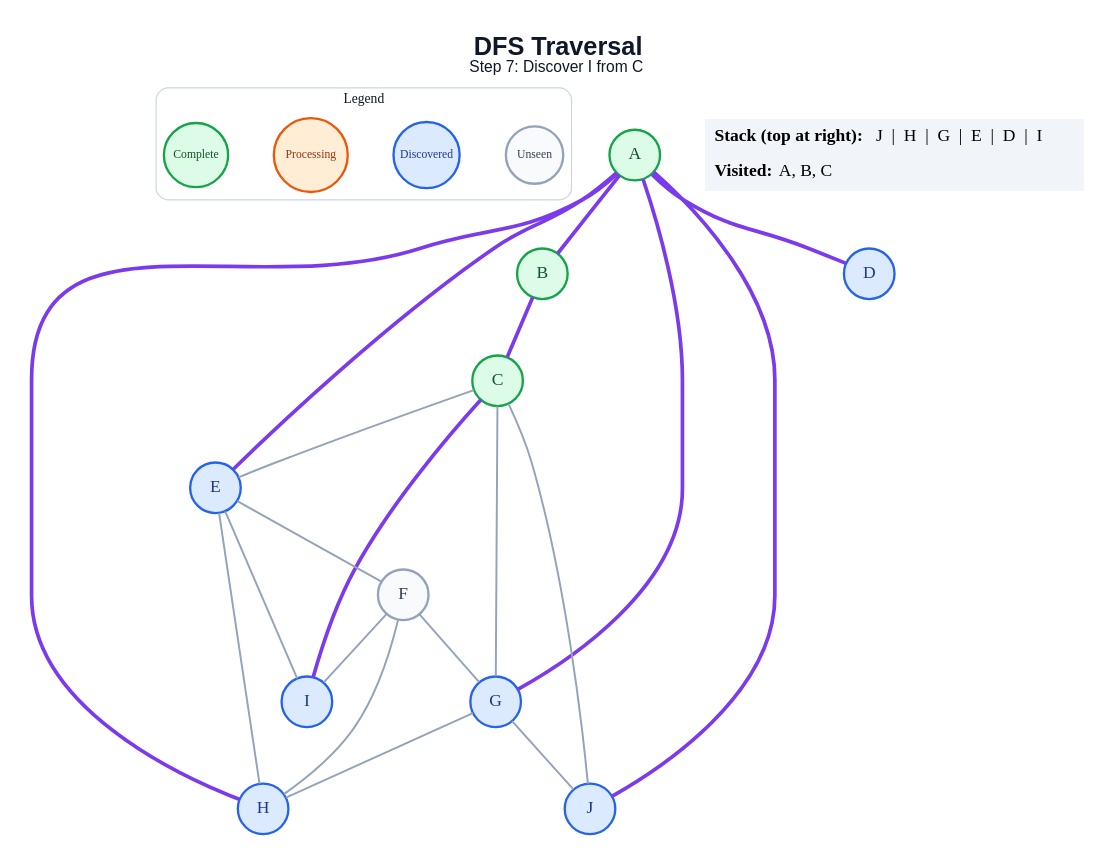
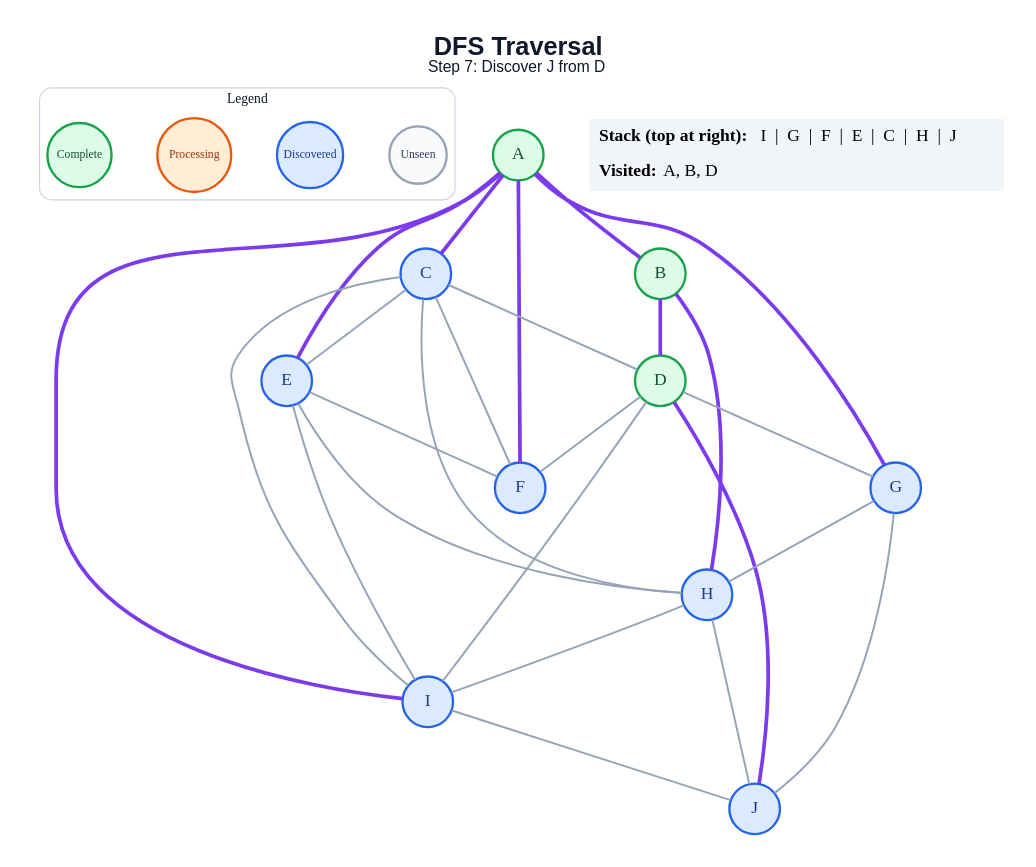
Before and after one commit to anon7238593-create/ai-slop: the diagram in generated/dfs/step_07.dot, drawn with Graphviz. The commit also changed 171 other files, not shown here.

```diff
--- a/generated/dfs/step_07.dot
+++ b/generated/dfs/step_07.dot
@@ -1,48 +1,54 @@
 graph traversal {
   graph [layout=dot, rankdir=TB, bgcolor="#FFFFFF", pad="0.35", nodesep="0.65", ranksep="0.8", fontname="Arial"];
   node [shape=circle, style="filled", fontname="Arial Bold", fontsize=18, width=0.72, fixedsize=true, penwidth=2.4];
   edge [color="#94A3B8", penwidth=2.0];
-  label=<<B>DFS Traversal</B><BR/><FONT POINT-SIZE="16">Step 7: Discover I from C</FONT>>; labelloc="t"; fontsize=26; fontname="Arial"; fontcolor="#0F172A";
+  label=<<B>DFS Traversal</B><BR/><FONT POINT-SIZE="16">Step 7: Discover J from D</FONT>>; labelloc="t"; fontsize=26; fontname="Arial"; fontcolor="#0F172A";
   subgraph cluster_legend { label="Legend"; color="#CBD5E1"; penwidth=1.2; style="rounded"; fontsize=14; fontname="Arial Bold";
     key_unseen [label="Unseen", fillcolor="#F8FAFC", color="#94A3B8", fontcolor="#334155", fontsize=12, width=0.82];
     key_frontier [label="Discovered", fillcolor="#DBEAFE", color="#2563EB", fontcolor="#1E3A8A", fontsize=12, width=0.95];
     key_current [label="Processing", fillcolor="#FFEDD5", color="#EA580C", fontcolor="#9A3412", fontsize=12, width=1.05];
     key_done [label="Complete", fillcolor="#DCFCE7", color="#16A34A", fontcolor="#14532D", fontsize=12, width=0.92];
     { rank=same; key_unseen; key_frontier; key_current; key_done; }
   }
   A [fillcolor="#DCFCE7", color="#16A34A", fontcolor="#14532D"];
   B [fillcolor="#DCFCE7", color="#16A34A", fontcolor="#14532D"];
-  C [fillcolor="#DCFCE7", color="#16A34A", fontcolor="#14532D"];
-  D [fillcolor="#DBEAFE", color="#2563EB", fontcolor="#1E3A8A"];
+  C [fillcolor="#DBEAFE", color="#2563EB", fontcolor="#1E3A8A"];
+  D [fillcolor="#DCFCE7", color="#16A34A", fontcolor="#14532D"];
   E [fillcolor="#DBEAFE", color="#2563EB", fontcolor="#1E3A8A"];
-  F [fillcolor="#F8FAFC", color="#94A3B8", fontcolor="#334155"];
+  F [fillcolor="#DBEAFE", color="#2563EB", fontcolor="#1E3A8A"];
   G [fillcolor="#DBEAFE", color="#2563EB", fontcolor="#1E3A8A"];
   H [fillcolor="#DBEAFE", color="#2563EB", fontcolor="#1E3A8A"];
   I [fillcolor="#DBEAFE", color="#2563EB", fontcolor="#1E3A8A"];
   J [fillcolor="#DBEAFE", color="#2563EB", fontcolor="#1E3A8A"];
   A -- B [color="#7C3AED", penwidth=3.8];
-  A -- D [color="#7C3AED", penwidth=3.8];
+  A -- C [color="#7C3AED", penwidth=3.8];
   A -- E [color="#7C3AED", penwidth=3.8];
+  A -- F [color="#7C3AED", penwidth=3.8];
   A -- G [color="#7C3AED", penwidth=3.8];
-  A -- H [color="#7C3AED", penwidth=3.8];
-  A -- J [color="#7C3AED", penwidth=3.8];
-  B -- C [color="#7C3AED", penwidth=3.8];
+  A -- I [color="#7C3AED", penwidth=3.8];
+  B -- D [color="#7C3AED", penwidth=3.8];
+  B -- H [color="#7C3AED", penwidth=3.8];
+  C -- D;
   C -- E;
-  C -- G;
-  C -- I [color="#7C3AED", penwidth=3.8];
-  C -- J;
+  C -- F;
+  C -- H;
+  C -- I;
+  D -- F;
+  D -- G;
+  D -- I;
+  D -- J [color="#7C3AED", penwidth=3.8];
   E -- F;
   E -- H;
   E -- I;
-  F -- G;
-  F -- H;
-  F -- I;
   G -- H;
   G -- J;
+  H -- I;
+  H -- J;
+  I -- J;
   status [shape=plain, fixedsize=false, width=0, height=0, margin=0, label=<
     <TABLE BORDER="0" CELLBORDER="0" CELLPADDING="7" BGCOLOR="#F1F5F9">
-      <TR><TD ALIGN="LEFT"><B>Stack (top at right):</B> J  |  H  |  G  |  E  |  D  |  I</TD></TR>
-      <TR><TD ALIGN="LEFT"><B>Visited:</B> A, B, C</TD></TR>
+      <TR><TD ALIGN="LEFT"><B>Stack (top at right):</B> I  |  G  |  F  |  E  |  C  |  H  |  J</TD></TR>
+      <TR><TD ALIGN="LEFT"><B>Visited:</B> A, B, D</TD></TR>
     </TABLE>
   >];
 }
```
